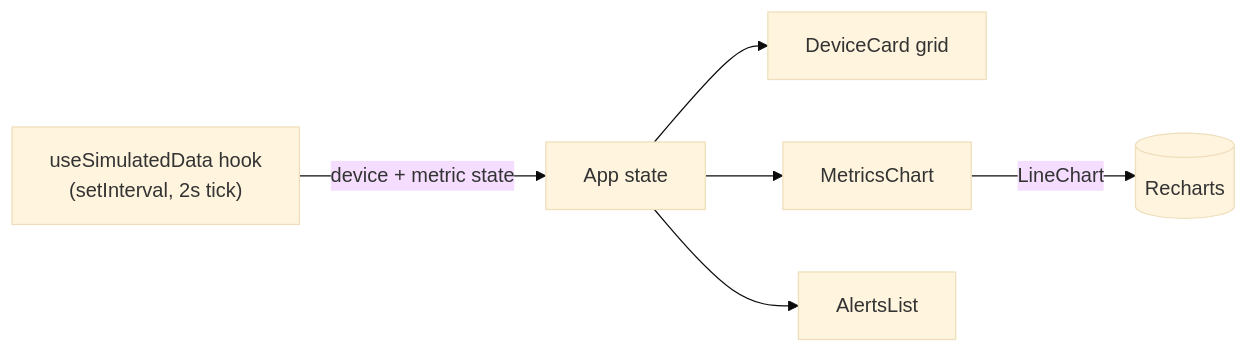
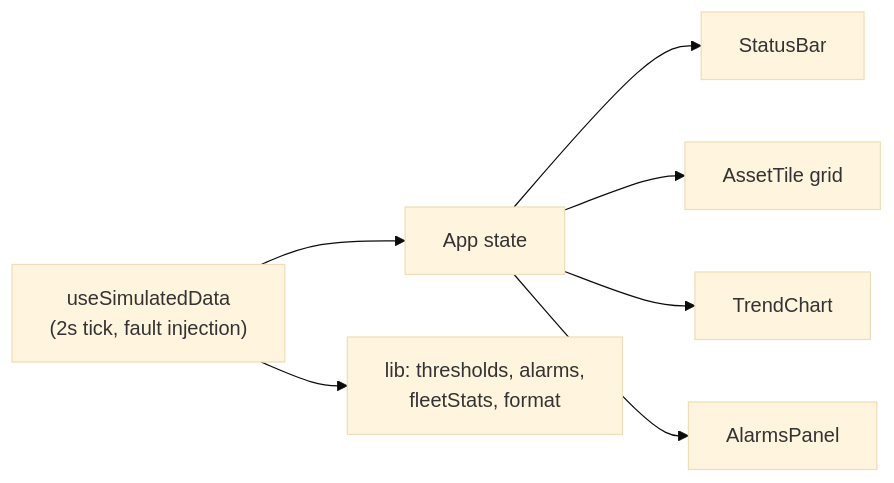
One commit to Younes-Alaoui-Ismaili/Industrial-telemetry-dashboard changed the diagram in README.md. Above: the diagram before and after it, drawn with Mermaid (base theme). The commit also changed other lines of this file and 36 other files, not shown here.

````diff
--- a/README.md
+++ b/README.md
@@ -35,8 +44,9 @@
 ```mermaid
 flowchart LR
-    Sim["useSimulatedData hook<br/>(setInterval, 2s tick)"] -->|device + metric state| State[App state]
-    State --> Cards[DeviceCard grid]
-    State --> Charts[MetricsChart]
-    State --> Alerts[AlertsList]
-    Charts -->|LineChart| Recharts[(Recharts)]
+    Hook["useSimulatedData<br/>(2s tick, fault injection)"] --> State[App state]
+    State --> Bar[StatusBar]
+    State --> Grid[AssetTile grid]
+    State --> Trend[TrendChart]
+    State --> Panel[AlarmsPanel]
+    Hook --> Lib["lib: thresholds, alarms,<br/>fleetStats, format"]
 ```
````
